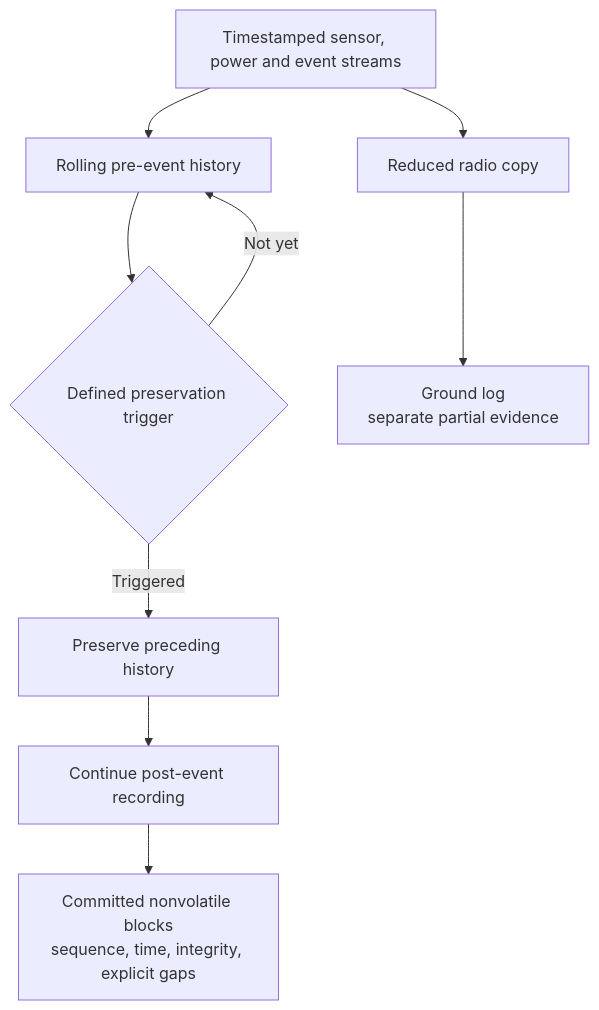
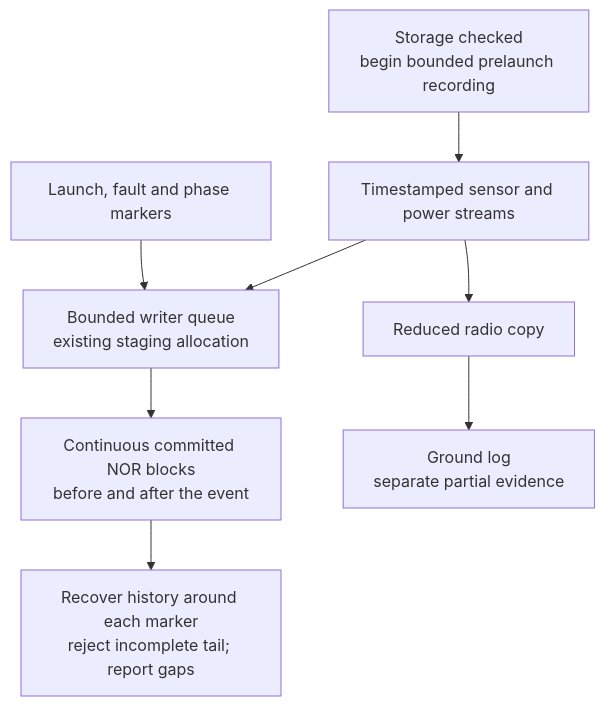
Before and after one commit to ULAS-HiPR/Ogma2: the first of 2 diagrams in docs/architecture/07-sensors-logging.md, drawn with Mermaid. The commit also changed other lines of this file and 11 other files, not shown here.

Commit message:
Document MCU pin audit and power recording CAN budgets

````diff
--- a/docs/architecture/07-sensors-logging.md
+++ b/docs/architecture/07-sensors-logging.md
@@ -47,11 +47,10 @@
 ```mermaid
 flowchart TD
-  S["Timestamped sensor, power and event streams"] --> B["Rolling pre-event history"]
-  B --> T{"Defined preservation trigger"}
-  T -->|"Not yet"| B
-  T -->|"Triggered"| H["Preserve preceding history"]
-  H --> L["Continue post-event recording"]
-  L --> C["Committed nonvolatile blocks<br/>sequence, time, integrity, explicit gaps"]
+  P["Storage checked<br/>begin bounded prelaunch recording"] --> S["Timestamped sensor and power streams"]
+  S --> B["Bounded writer queue<br/>existing staging allocation"]
+  E["Launch, fault and phase markers"] --> B
+  B --> C["Continuous committed NOR blocks<br/>before and after the event"]
+  C --> H["Recover history around each marker<br/>reject incomplete tail; report gaps"]
   S --> R["Reduced radio copy"]
   R --> G["Ground log<br/>separate partial evidence"]
 ```
````
